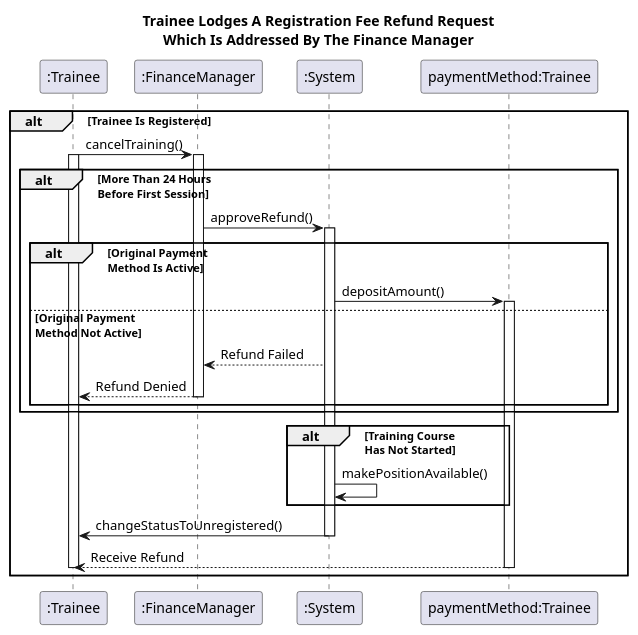
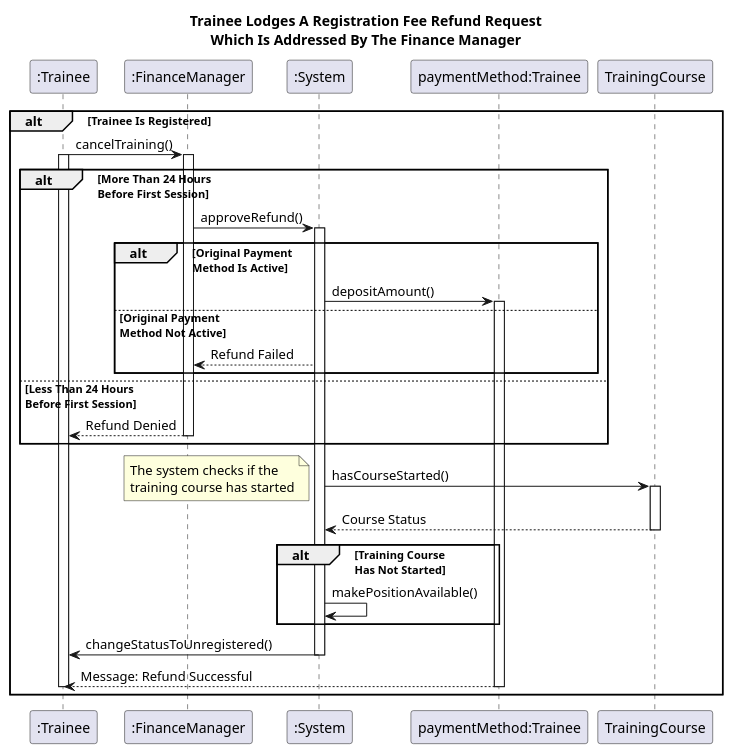
The diagram in financeManager.plantuml (lukegasbarro/SEF_Group67), drawn with PlantUML before and after one commit. The commit also changed 7 other files, not shown here.

```diff
--- a/financeManager.plantuml
+++ b/financeManager.plantuml
@@ -2,39 +2,48 @@
 @startuml
 ' title Finance Manager Refunds Course Registration Fee
 title "Trainee Lodges A Registration Fee Refund Request\nWhich Is Addressed By The Finance Manager"
 participant ":Trainee" as trainee
 participant ":FinanceManager" as finance
 participant ":System" as system
 participant "paymentMethod:Trainee" as paymentMethod
+participant "TrainingCourse" as trainingCourse
 
 alt Trainee Is Registered
     trainee -> finance : cancelTraining()
     activate trainee
     activate finance
     
     alt More Than 24 Hours\nBefore First Session
         finance -> system : approveRefund()
         activate system
 
         alt Original Payment\nMethod Is Active
             system -> paymentMethod : depositAmount()
             activate paymentMethod
         else Original Payment\nMethod Not Active
             system --> finance : Refund Failed
+        end
+    else Less Than 24 Hours\nBefore First Session
             finance --> trainee : Refund Denied
             deactivate finance
-        end
     end
+
+    system -> trainingCourse : hasCourseStarted()
+    note left: The system checks if the\ntraining course has started 
+    activate trainingCourse
+    trainingCourse --> system : Course Status
+    deactivate trainingCourse
 
     alt Training Course\nHas Not Started
         system -> system : makePositionAvailable()
+        ' note left: The system makes the position available
     end
 
     system -> trainee : changeStatusToUnregistered()
     deactivate system
-    paymentMethod --> trainee : Receive Refund
+    paymentMethod --> trainee : Message: Refund Successful
     deactivate paymentMethod
     deactivate trainee
 end
 
 @enduml
```
